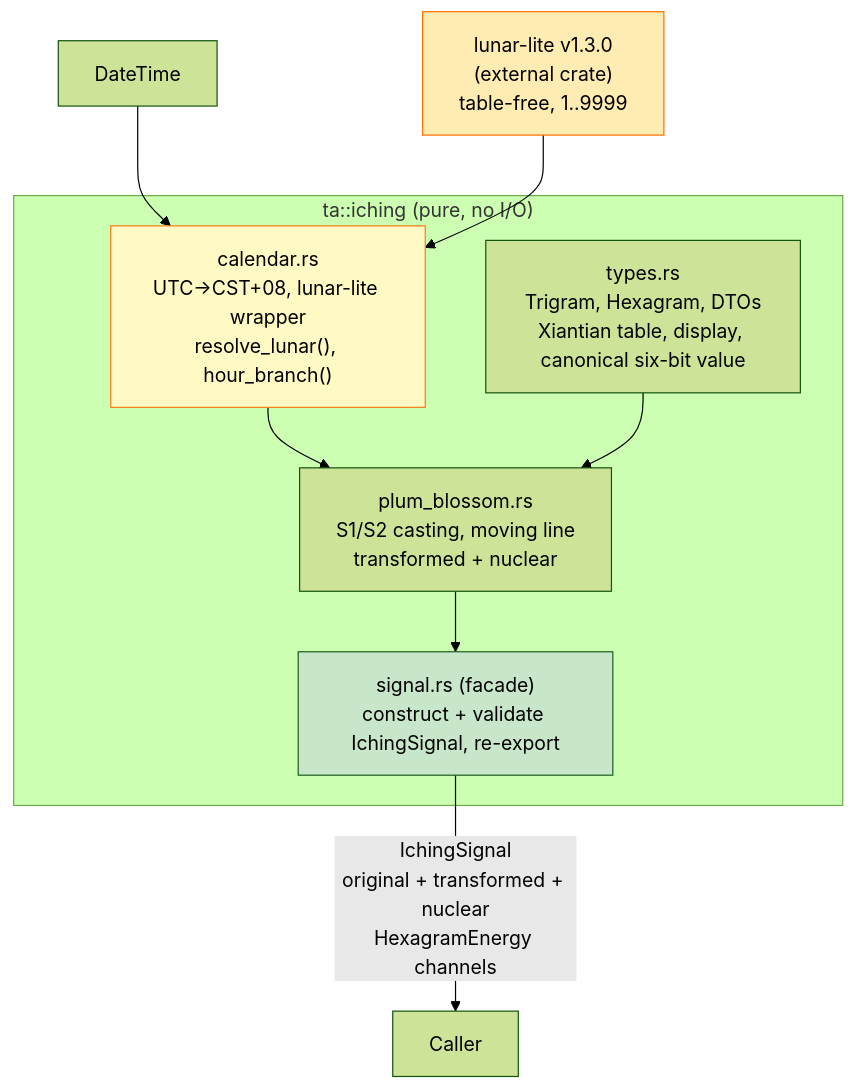
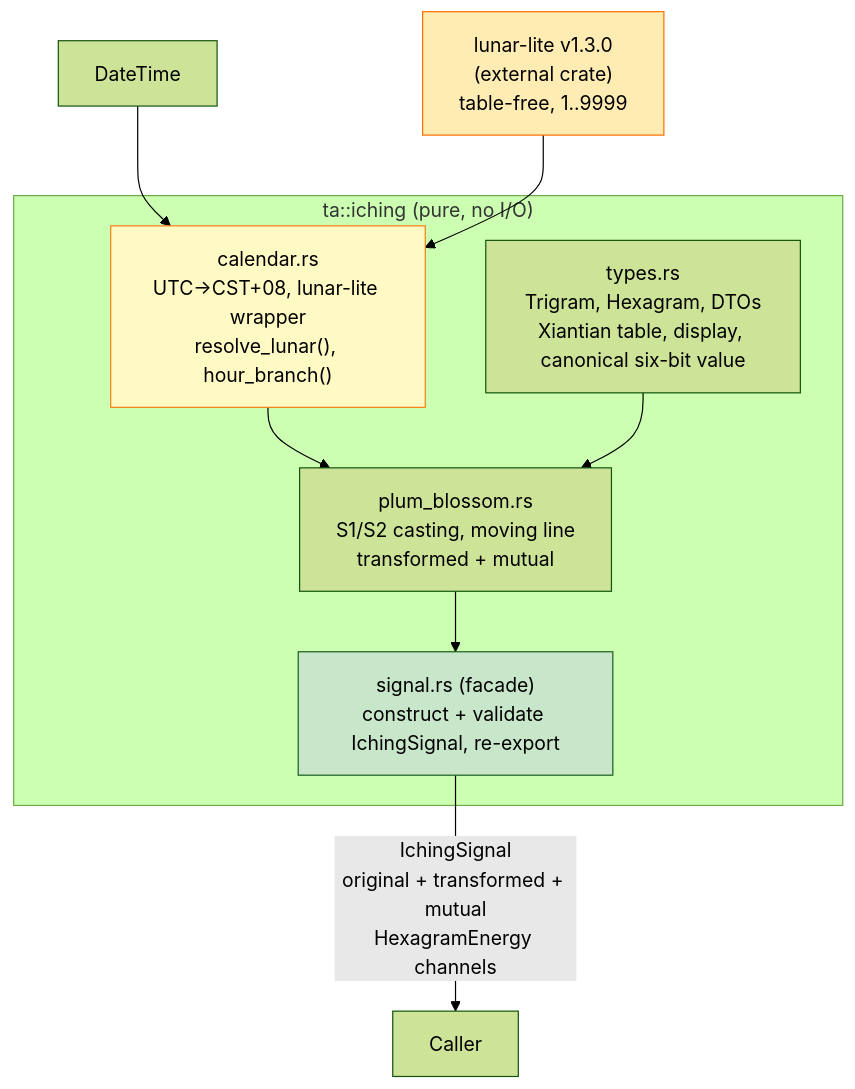
Before and after one commit to InNoobWeTrust/algotrap: the second of 3 diagrams in docs/plans/iching-energy-chart/l1.md, drawn with Mermaid (forest theme). The commit also changed other lines of this file and 44 other files, not shown here.

Commit message:
feat(iching,telegrambot): refine mutual band and text-first LLM tools

````diff
--- a/docs/plans/iching-energy-chart/l1.md
+++ b/docs/plans/iching-energy-chart/l1.md
@@ -195,22 +195,22 @@
 ```mermaid
 graph TD
     subgraph "ta::iching (pure, no I/O)"
         Cal["calendar.rs<br/>UTC→CST+08, lunar-lite wrapper<br/>resolve_lunar(), hour_branch()"]
         Types["types.rs<br/>Trigram, Hexagram, DTOs<br/>Xiantian table, display, canonical six-bit value"]
-        Plum["plum_blossom.rs<br/>S1/S2 casting, moving line<br/>transformed + nuclear"]
+        Plum["plum_blossom.rs<br/>S1/S2 casting, moving line<br/>transformed + mutual"]
         Signal["signal.rs (facade)<br/>construct + validate IchingSignal, re-export"]
     end
 
     LunarLite["lunar-lite v1.3.0<br/>(external crate)<br/>table-free, 1..9999"]
 
     DT["DateTime<Utc>"] --> Cal
     Cal --> Plum
     Types --> Plum
     LunarLite --> Cal
     Plum --> Signal
-    Signal -->|"IchingSignal<br/>original + transformed + nuclear<br/>HexagramEnergy channels"| Caller2["Caller"]
+    Signal -->|"IchingSignal<br/>original + transformed + mutual<br/>HexagramEnergy channels"| Caller2["Caller"]
 
     style Cal fill:#fff9c4,stroke:#f57f17
     style Signal fill:#c8e6c9,stroke:#1b5e20
     style LunarLite fill:#ffecb3,stroke:#ff6f00
 ```
````
